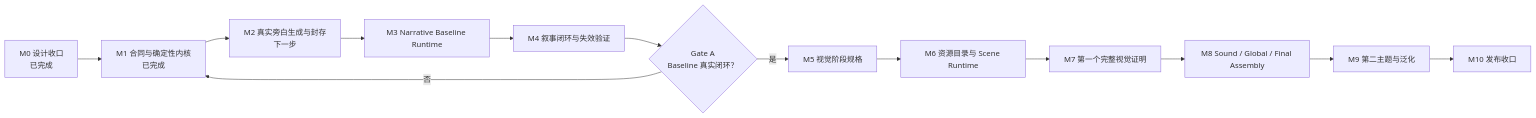
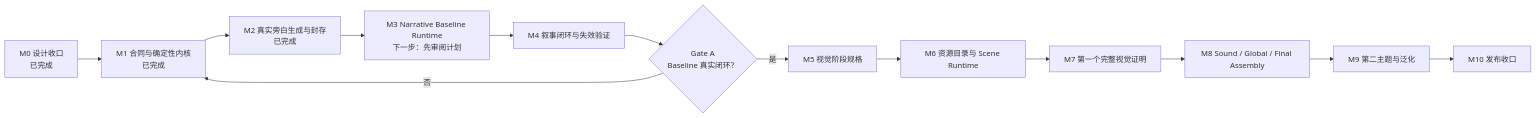
One commit to AXMORF/axmorf-studio changed the diagram in docs/ROADMAP.md. Above: the diagram before and after it, drawn with Mermaid. The commit also changed other lines of this file and 8 other files, not shown here.

````diff
--- a/docs/ROADMAP.md
+++ b/docs/ROADMAP.md
@@ -43,15 +43,15 @@
 ```mermaid
 flowchart LR
     M0["M0 设计收口<br/>已完成"] --> M1["M1 合同与确定性内核<br/>已完成"]
-    M1 --> M2["M2 真实旁白生成与封存<br/>下一步"]
-    M2 --> M3["M3 Narrative Baseline Runtime"]
+    M1 --> M2["M2 真实旁白生成与封存<br/>已完成"]
+    M2 --> M3["M3 Narrative Baseline Runtime<br/>下一步：先审阅计划"]
     M3 --> M4["M4 叙事闭环与失效验证"]
     M4 --> G1{"Gate A<br/>Baseline 真实闭环？"}
     G1 -->|"是"| M5["M5 视觉阶段规格"]
     G1 -->|"否"| M1
     M5 --> M6["M6 资源目录与 Scene Runtime"]
     M6 --> M7["M7 第一个完整视觉证明"]
     M7 --> M8["M8 Sound / Global / Final Assembly"]
     M8 --> M9["M9 第二主题与泛化"]
     M9 --> M10["M10 发布收口"]
 ```
````
